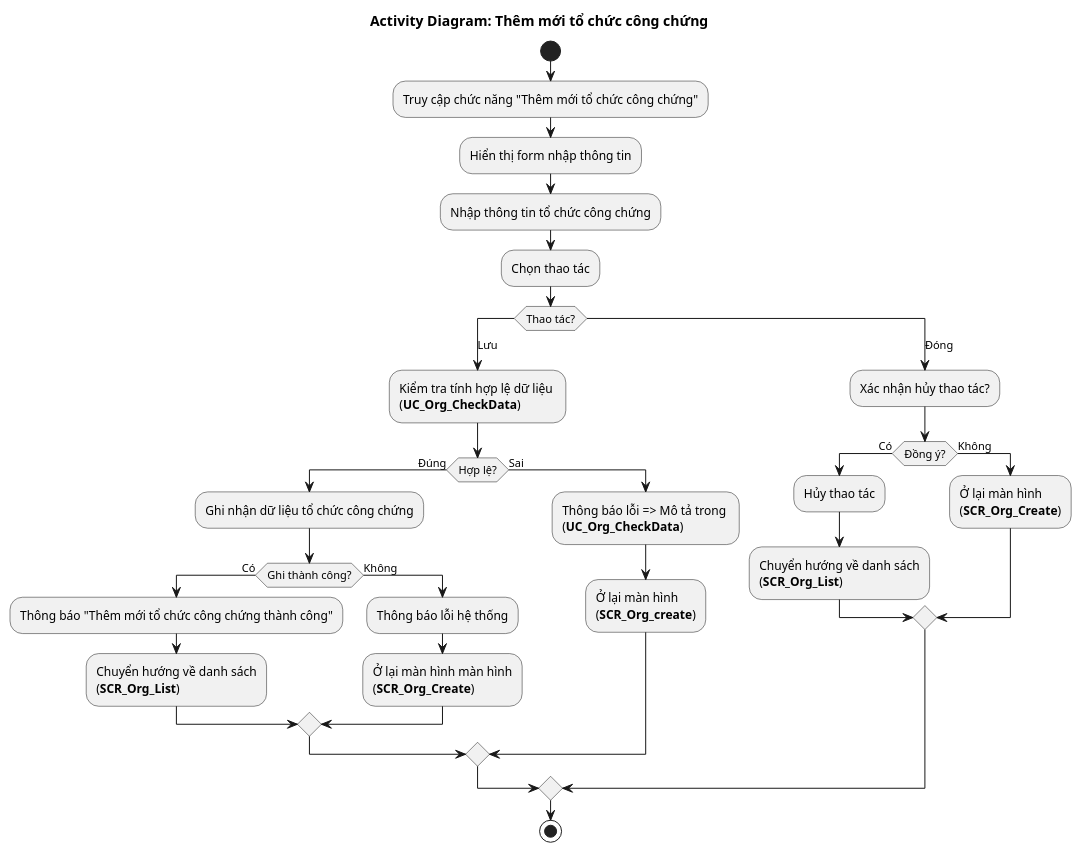
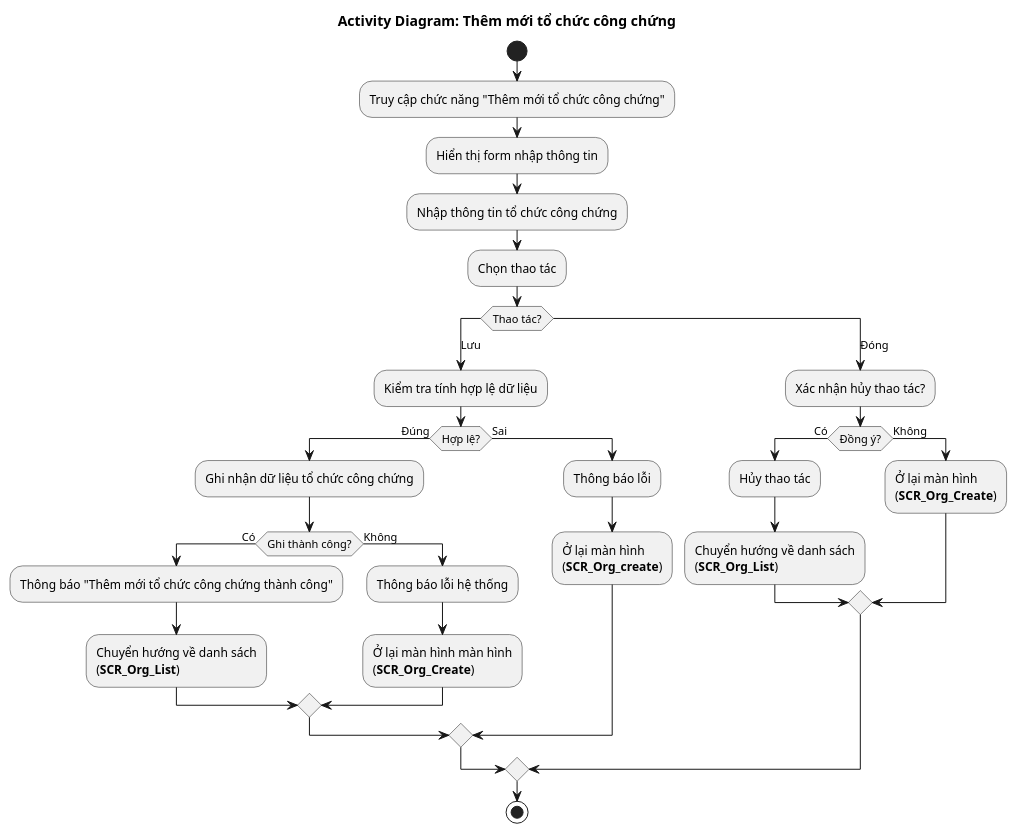
Before and after one commit to phuongpm23/nds-docs-test: the diagram in ba/[NDS-E-00016] Quản lý tổ chức hành nghề công chứng/4.usecases/[NDS-U-00020] ThemMoi/AD_Org_Create.puml, drawn with PlantUML. The commit also changed 51 other files, not shown here.

```diff
--- a/ba/[NDS-E-00016] Quản lý tổ chức hành nghề công chứng/4.usecases/[NDS-U-00020] ThemMoi/AD_Org_Create.puml
+++ b/ba/[NDS-E-00016] Quản lý tổ chức hành nghề công chứng/4.usecases/[NDS-U-00020] ThemMoi/AD_Org_Create.puml
@@ -1,35 +1,35 @@
 @startuml AD_Org_Create
 !pragma layout smetana
 title Activity Diagram: Thêm mới tổ chức công chứng
 start
 :Truy cập chức năng "Thêm mới tổ chức công chứng";
 :Hiển thị form nhập thông tin;
 :Nhập thông tin tổ chức công chứng;
   :Chọn thao tác;
   switch (Thao tác?)
     case (Lưu)
-      :Kiểm tra tính hợp lệ dữ liệu \n(**UC_Org_CheckData**);
+      :Kiểm tra tính hợp lệ dữ liệu;
       if (Hợp lệ?) then (Đúng)
         :Ghi nhận dữ liệu tổ chức công chứng;
           if (Ghi thành công?) then (Có)
             :Thông báo "Thêm mới tổ chức công chứng thành công";
             :Chuyển hướng về danh sách\n(**SCR_Org_List**);
           else (Không)
             :Thông báo lỗi hệ thống;
             :Ở lại màn hình màn hình\n(**SCR_Org_Create**);
           endif
       else (Sai)
-        :Thông báo lỗi => Mô tả trong \n(**UC_Org_CheckData**);
+        :Thông báo lỗi;
         :Ở lại màn hình\n(**SCR_Org_create**);
       endif
     case (Đóng)
       :Xác nhận hủy thao tác?;
       if (Đồng ý?) then (Có)
         :Hủy thao tác;
         :Chuyển hướng về danh sách\n(**SCR_Org_List**);
       else (Không)
         :Ở lại màn hình\n(**SCR_Org_Create**);
       endif
   endswitch
   stop
 @enduml
```
